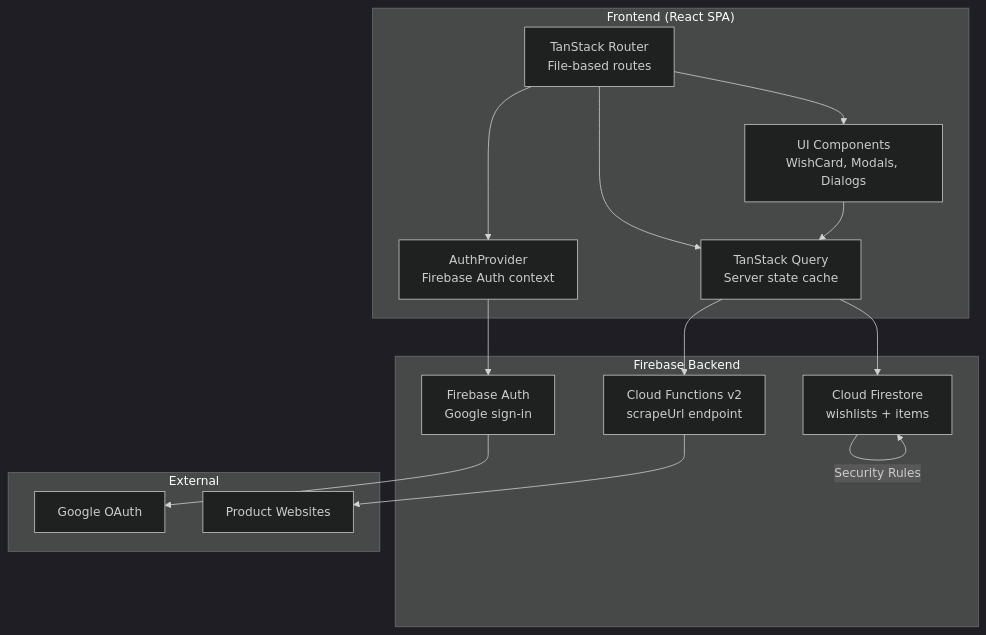
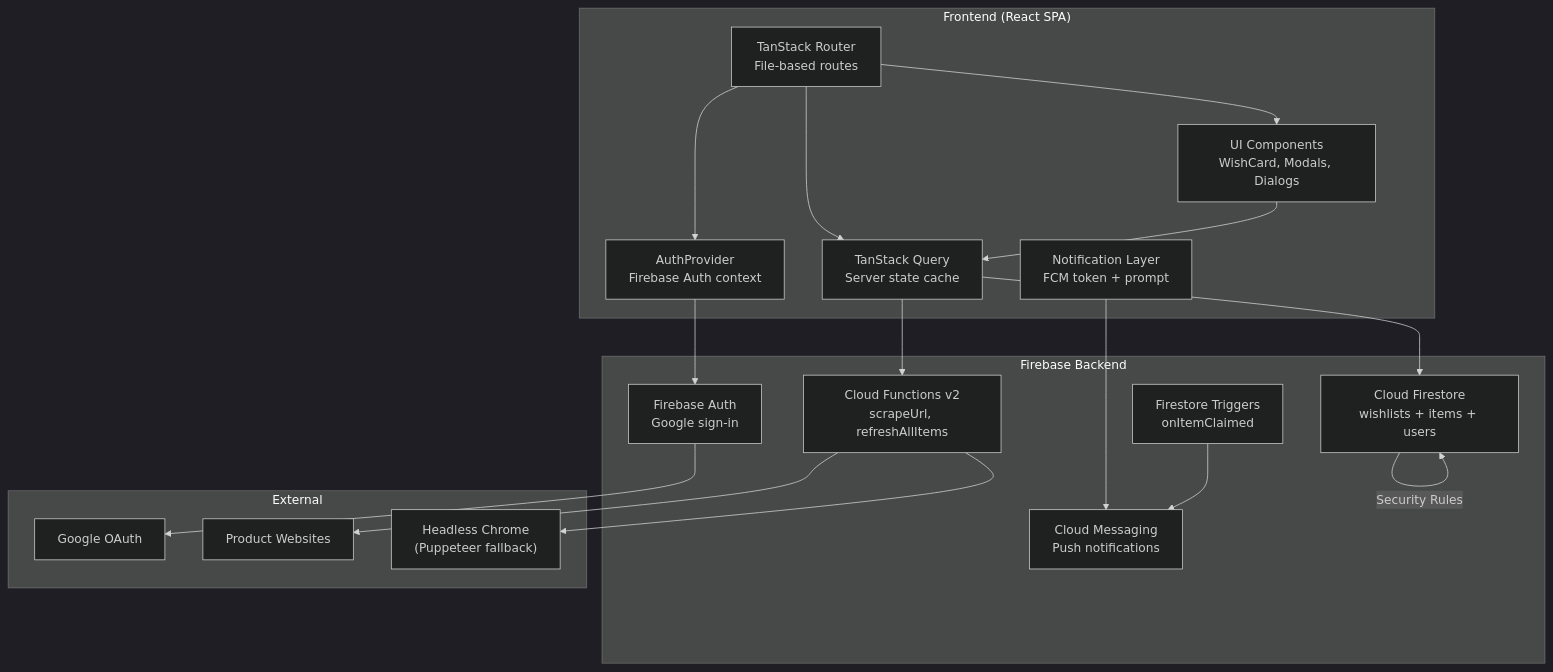
One commit to Technical-1/All-About-Me changed the diagram in public/data/portfolio/GimmeThat/architecture.md. Above: the diagram before and after it, drawn with Mermaid (dark theme). The commit also changed other lines of this file and 9 other files, not shown here.

````diff
--- a/public/data/portfolio/GimmeThat/architecture.md
+++ b/public/data/portfolio/GimmeThat/architecture.md
@@ -5,31 +5,38 @@
 ```mermaid
 flowchart TD
     subgraph Client["Frontend (React SPA)"]
         Router["TanStack Router<br/>File-based routes"]
         Query["TanStack Query<br/>Server state cache"]
         Auth["AuthProvider<br/>Firebase Auth context"]
         UI["UI Components<br/>WishCard, Modals, Dialogs"]
+        Notif["Notification Layer<br/>FCM token + prompt"]
     end
 
     subgraph Firebase["Firebase Backend"]
         FAuth["Firebase Auth<br/>Google sign-in"]
-        Firestore["Cloud Firestore<br/>wishlists + items"]
-        Functions["Cloud Functions v2<br/>scrapeUrl endpoint"]
+        Firestore["Cloud Firestore<br/>wishlists + items + users"]
+        Functions["Cloud Functions v2<br/>scrapeUrl, refreshAllItems"]
+        Triggers["Firestore Triggers<br/>onItemClaimed"]
+        FCM["Cloud Messaging<br/>Push notifications"]
     end
 
     subgraph External["External"]
         Google["Google OAuth"]
         ProductSites["Product Websites"]
+        Puppeteer["Headless Chrome<br/>(Puppeteer fallback)"]
     end
 
     Router --> Query
     Router --> Auth
     Router --> UI
     Auth --> FAuth
     FAuth --> Google
     Query --> Firestore
     UI --> Query
+    Notif --> FCM
     Functions --> ProductSites
+    Functions --> Puppeteer
     Query --> Functions
+    Triggers --> FCM
     Firestore --> |"Security Rules"| Firestore
 ```
````
